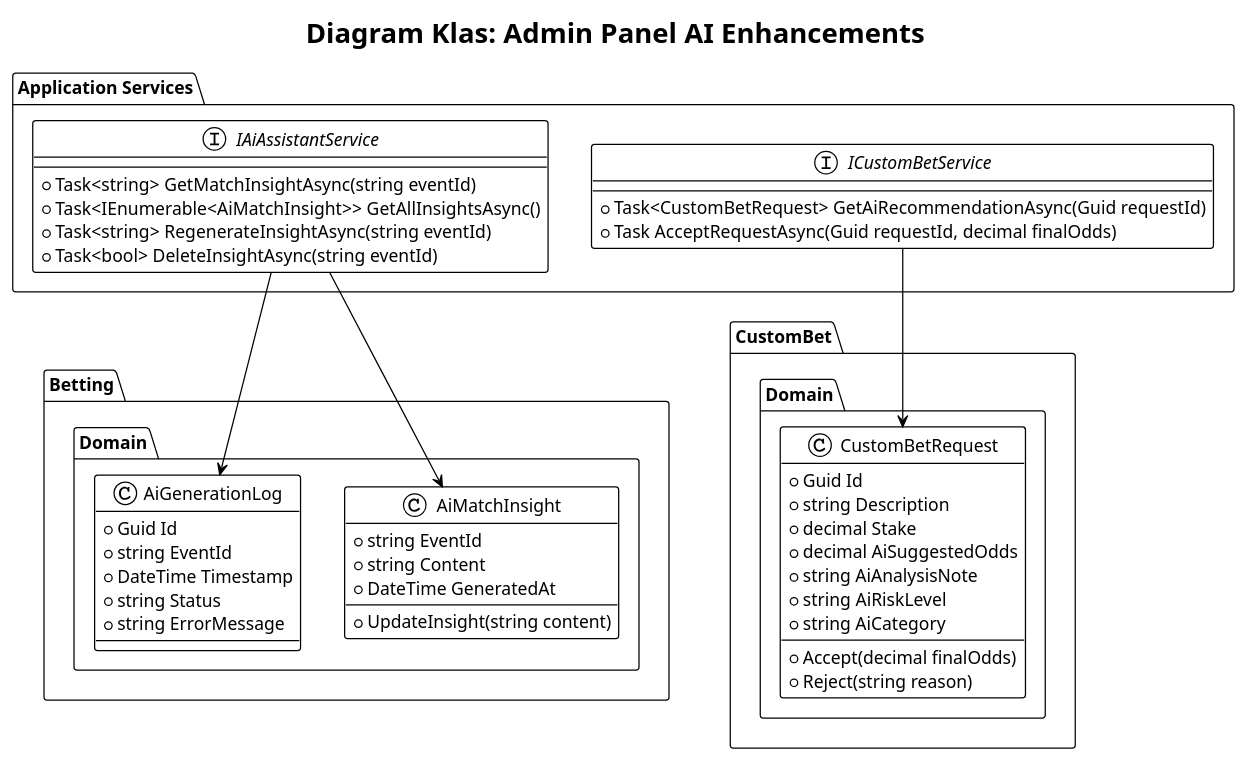
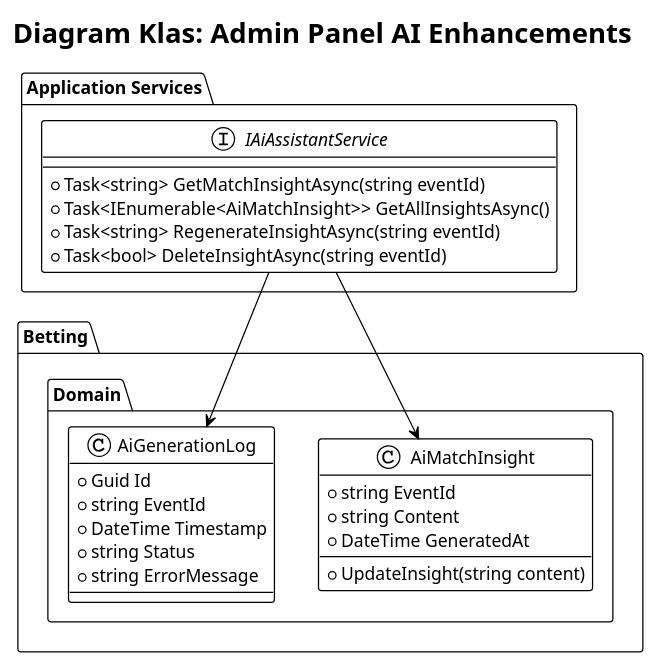
One commit to GrzegorzPolewczak/67Bet changed the diagram in docs/admin_ai_enhancements_classes.puml. Above: the diagram before and after it, drawn with PlantUML. The commit also changed 2 other files, not shown here.

Commit message:
Docs: Update spec and diagrams after reverting Custom Bet AI features

```diff
--- a/docs/admin_ai_enhancements_classes.puml
+++ b/docs/admin_ai_enhancements_classes.puml
@@ -1,53 +1,33 @@
 @startuml Admin_AI_Enhancements_Classes
 !theme plain
 title Diagram Klas: Admin Panel AI Enhancements
 
 package "Betting.Domain" {
     class AiMatchInsight {
         +string EventId
         +string Content
         +DateTime GeneratedAt
         +UpdateInsight(string content)
     }
 
     class AiGenerationLog {
         +Guid Id
         +string EventId
         +DateTime Timestamp
         +string Status
         +string ErrorMessage
     }
 }
 
-package "CustomBet.Domain" {
-    class CustomBetRequest {
-        +Guid Id
-        +string Description
-        +decimal Stake
-        +decimal AiSuggestedOdds
-        +string AiAnalysisNote
-        +string AiRiskLevel
-        +string AiCategory
-        +Accept(decimal finalOdds)
-        +Reject(string reason)
-    }
-}
-
 package "Application Services" {
     interface IAiAssistantService {
         +Task<string> GetMatchInsightAsync(string eventId)
         +Task<IEnumerable<AiMatchInsight>> GetAllInsightsAsync()
         +Task<string> RegenerateInsightAsync(string eventId)
         +Task<bool> DeleteInsightAsync(string eventId)
     }
-
-    interface ICustomBetService {
-        +Task<CustomBetRequest> GetAiRecommendationAsync(Guid requestId)
-        +Task AcceptRequestAsync(Guid requestId, decimal finalOdds)
-    }
 }
 
 IAiAssistantService --> AiMatchInsight
 IAiAssistantService --> AiGenerationLog
-ICustomBetService --> CustomBetRequest
 @enduml
```
